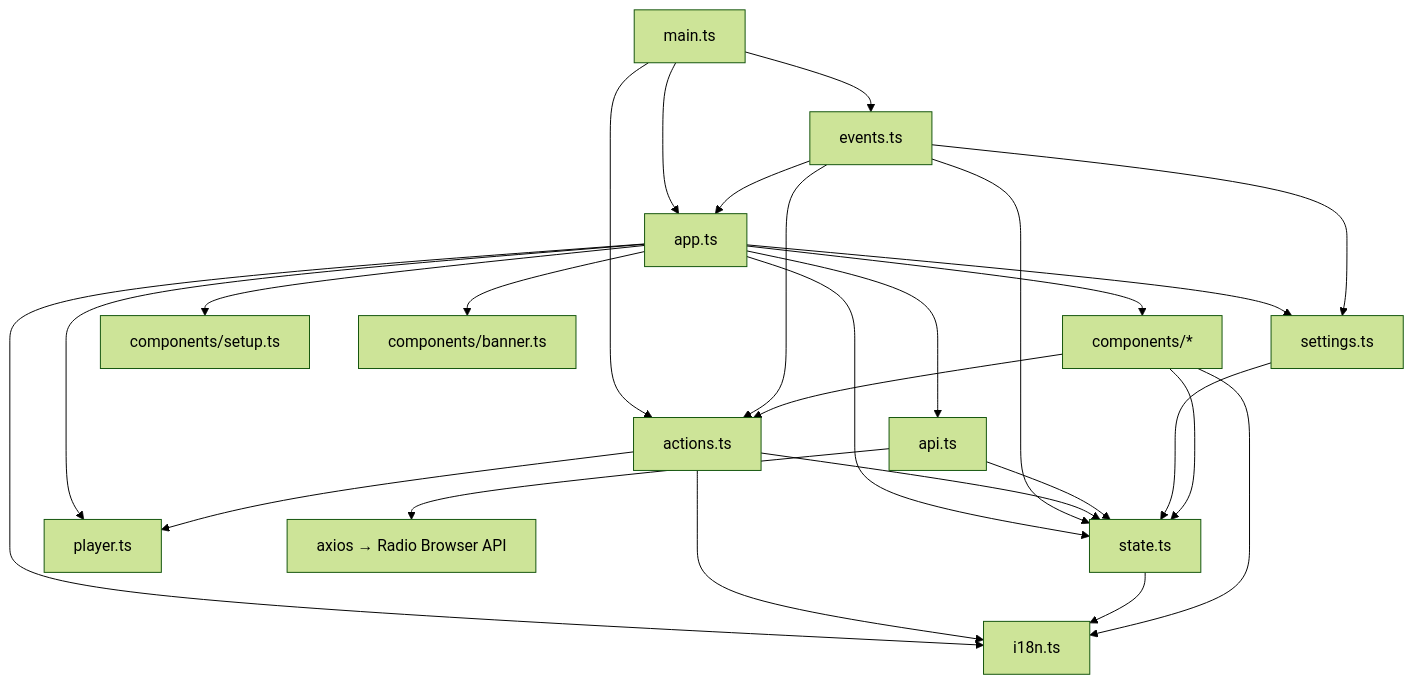
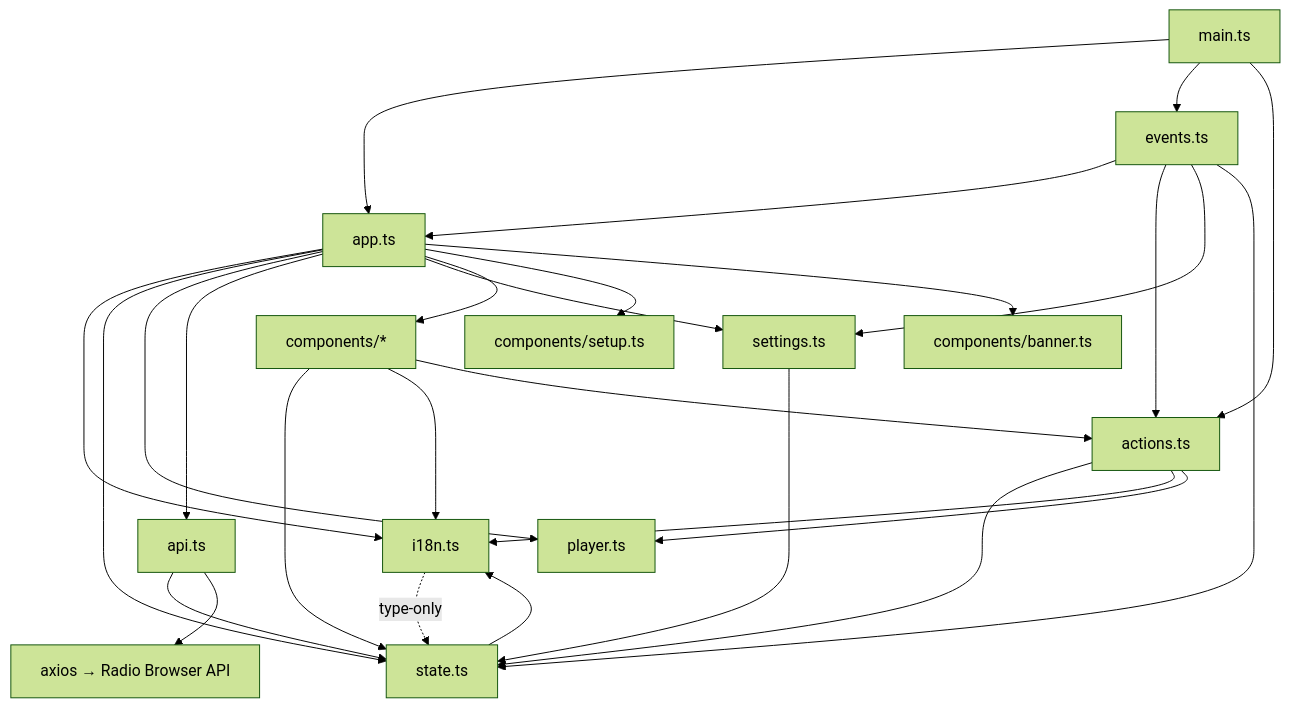
Before and after one commit to Makatumba/after-touch-radio-browser: the diagram in ARCHITECTURE.md, drawn with Mermaid (forest theme). The commit also changed other lines of this file and 5 other files, not shown here.

````diff
--- a/ARCHITECTURE.md
+++ b/ARCHITECTURE.md
@@ -69,28 +69,29 @@
 ```mermaid
 graph TD
     MAIN[main.ts] --> APP[app.ts]
     MAIN --> EVT[events.ts]
     MAIN --> ACT[actions.ts]
     APP --> I18N[i18n.ts]
     APP --> ST[state.ts]
     APP --> PL[player.ts]
     APP --> API[api.ts]
     APP --> SET[settings.ts]
     APP --> COMP[components/*]
     APP --> SETUP[components/setup.ts]
     APP --> BANNER[components/banner.ts]
     EVT --> APP
     EVT --> ACT
     EVT --> SET
     EVT --> ST
     ACT --> ST
     ACT --> I18N
     ACT --> PL
     API --> ST
     API --> AXIOS[axios → Radio Browser API]
     SET --> ST
     ST --> I18N
+    I18N -.-> |type-only| ST
     COMP --> ST
     COMP --> I18N
     COMP --> ACT
 ```
````
